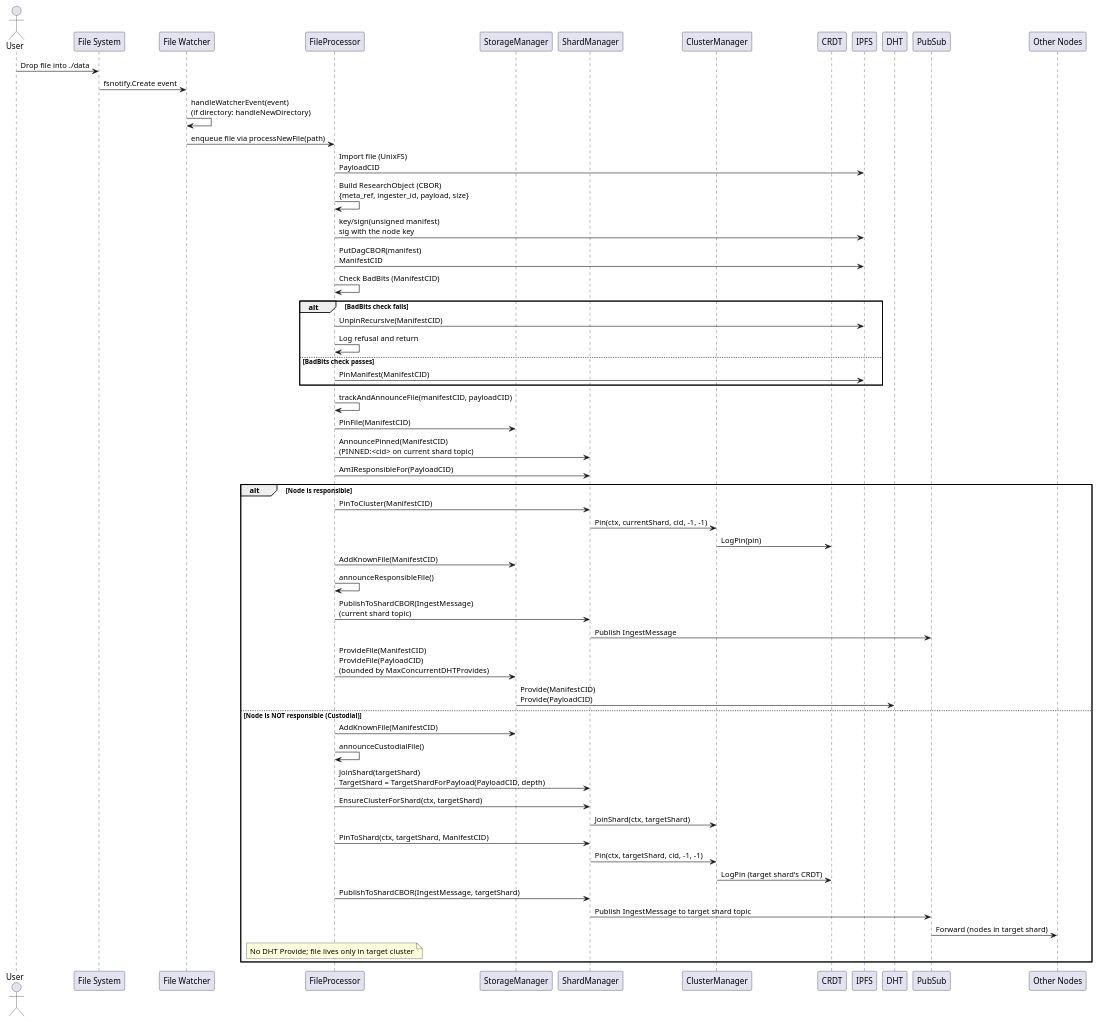
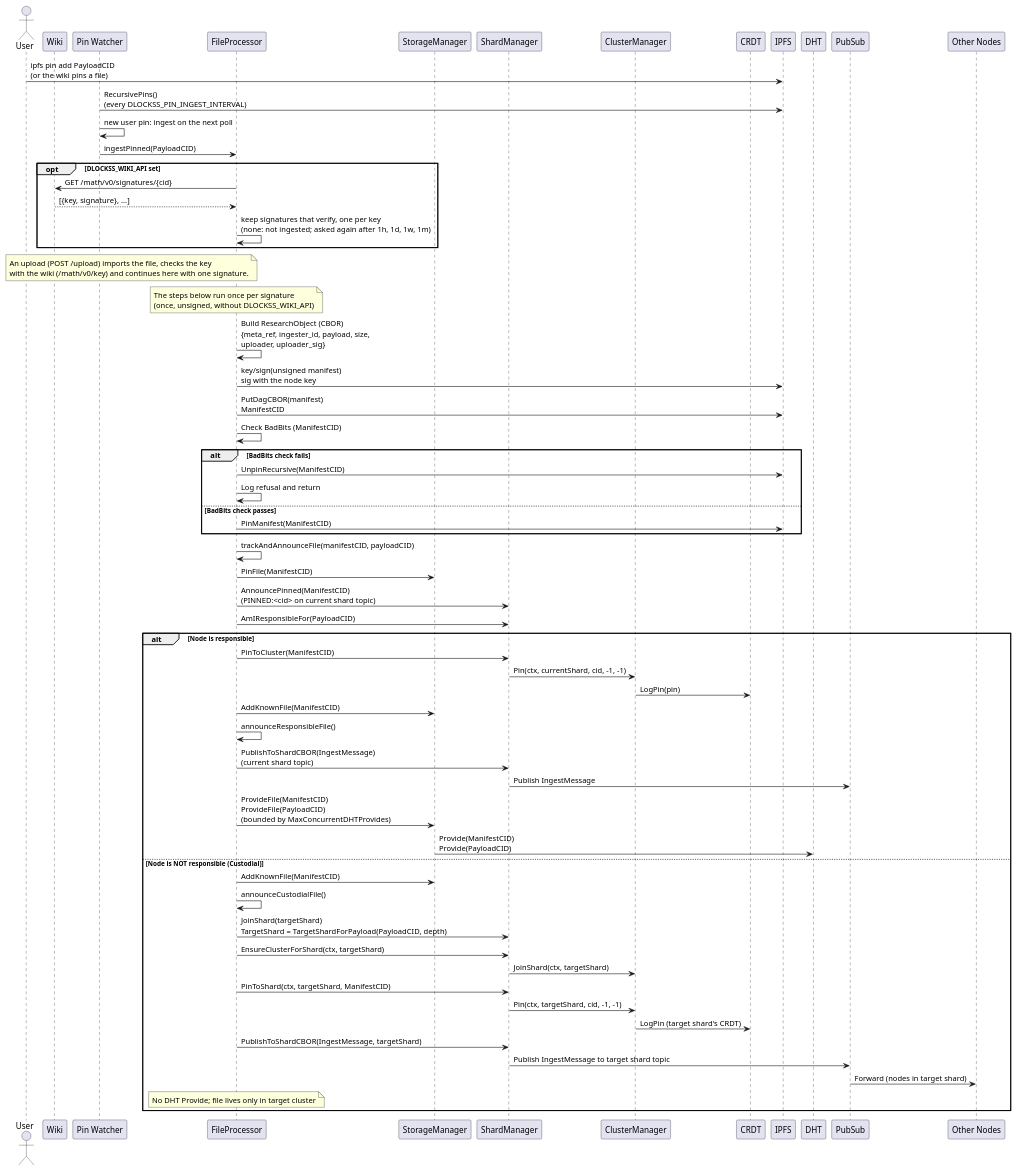
The diagram in docs/file_ingestion_sequence.puml (gipplab/D-LOCKSS), drawn with PlantUML before and after one commit. The commit also changed 34 other files, not shown here.

First line of the commit message:
Ingest only through Kubo, with one user signature per manifest

```diff
--- a/docs/file_ingestion_sequence.puml
+++ b/docs/file_ingestion_sequence.puml
@@ -1,63 +1,72 @@
 @startuml File Ingestion Sequence
 
 actor User
-participant "File System" as FS
-participant "File Watcher" as Watcher
+participant "Wiki" as Wiki
+participant "Pin Watcher" as Watcher
 participant "FileProcessor" as FileOps
 participant "StorageManager" as Storage
 participant "ShardManager" as ShardMgr
 participant "ClusterManager" as ClusterMgr
 participant "CRDT" as CRDT
 participant "IPFS" as IPFS
 participant "DHT" as DHT
 participant "PubSub" as PubSub
 participant "Other Nodes" as Nodes
 
-User -> FS: Drop file into ./data
-FS -> Watcher: fsnotify.Create event
-Watcher -> Watcher: handleWatcherEvent(event)\n(if directory: handleNewDirectory)
-Watcher -> FileOps: enqueue file via processNewFile(path)
+User -> IPFS: ipfs pin add PayloadCID\n(or the wiki pins a file)
+Watcher -> IPFS: RecursivePins()\n(every DLOCKSS_PIN_INGEST_INTERVAL)
+Watcher -> Watcher: new user pin: ingest on the next poll
+Watcher -> FileOps: ingestPinned(PayloadCID)
+opt DLOCKSS_WIKI_API set
+    FileOps -> Wiki: GET /math/v0/signatures/{cid}
+    Wiki --> FileOps: [{key, signature}, ...]
+    FileOps -> FileOps: keep signatures that verify, one per key\n(none: not ingested; asked again after 1h, 1d, 1w, 1m)
+end
+note over User, FileOps
+    An upload (POST /upload) imports the file, checks the key
+    with the wiki (/math/v0/key) and continues here with one signature.
+end note
+note over FileOps: The steps below run once per signature\n(once, unsigned, without DLOCKSS_WIKI_API)
 
-FileOps -> IPFS: Import file (UnixFS)\nPayloadCID
-FileOps -> FileOps: Build ResearchObject (CBOR)\n{meta_ref, ingester_id, payload, size}
+FileOps -> FileOps: Build ResearchObject (CBOR)\n{meta_ref, ingester_id, payload, size,\nuploader, uploader_sig}
 FileOps -> IPFS: key/sign(unsigned manifest)\nsig with the node key
 FileOps -> IPFS: PutDagCBOR(manifest)\nManifestCID
 FileOps -> FileOps: Check BadBits (ManifestCID)
 alt BadBits check fails
     FileOps -> IPFS: UnpinRecursive(ManifestCID)
     FileOps -> FileOps: Log refusal and return
 else BadBits check passes
     FileOps -> IPFS: PinManifest(ManifestCID)
 end
 
 FileOps -> FileOps: trackAndAnnounceFile(manifestCID, payloadCID)
 FileOps -> Storage: PinFile(ManifestCID)
 FileOps -> ShardMgr: AnnouncePinned(ManifestCID)\n(PINNED:<cid> on current shard topic)
 FileOps -> ShardMgr: AmIResponsibleFor(PayloadCID)
 
 alt Node is responsible
     FileOps -> ShardMgr: PinToCluster(ManifestCID)
     ShardMgr -> ClusterMgr: Pin(ctx, currentShard, cid, -1, -1)
     ClusterMgr -> CRDT: LogPin(pin)
     FileOps -> Storage: AddKnownFile(ManifestCID)
     FileOps -> FileOps: announceResponsibleFile()
     FileOps -> ShardMgr: PublishToShardCBOR(IngestMessage)\n(current shard topic)
     ShardMgr -> PubSub: Publish IngestMessage
     FileOps -> Storage: ProvideFile(ManifestCID)\nProvideFile(PayloadCID)\n(bounded by MaxConcurrentDHTProvides)
     Storage -> DHT: Provide(ManifestCID)\nProvide(PayloadCID)
 else Node is NOT responsible (Custodial)
     FileOps -> Storage: AddKnownFile(ManifestCID)
     FileOps -> FileOps: announceCustodialFile()
     FileOps -> ShardMgr: JoinShard(targetShard)\nTargetShard = TargetShardForPayload(PayloadCID, depth)
     FileOps -> ShardMgr: EnsureClusterForShard(ctx, targetShard)
     ShardMgr -> ClusterMgr: JoinShard(ctx, targetShard)
     FileOps -> ShardMgr: PinToShard(ctx, targetShard, ManifestCID)
     ShardMgr -> ClusterMgr: Pin(ctx, targetShard, cid, -1, -1)
     ClusterMgr -> CRDT: LogPin (target shard's CRDT)
     FileOps -> ShardMgr: PublishToShardCBOR(IngestMessage, targetShard)
     ShardMgr -> PubSub: Publish IngestMessage to target shard topic
     PubSub -> Nodes: Forward (nodes in target shard)
     Note over FileOps: No DHT Provide; file lives only in target cluster
 end
 
 @enduml
```
